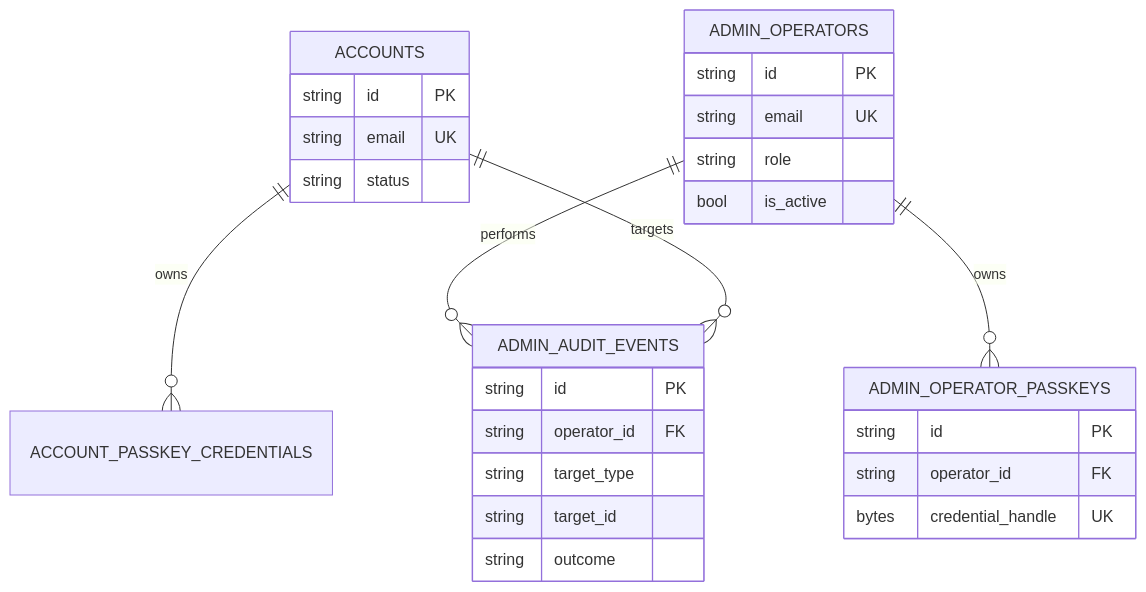
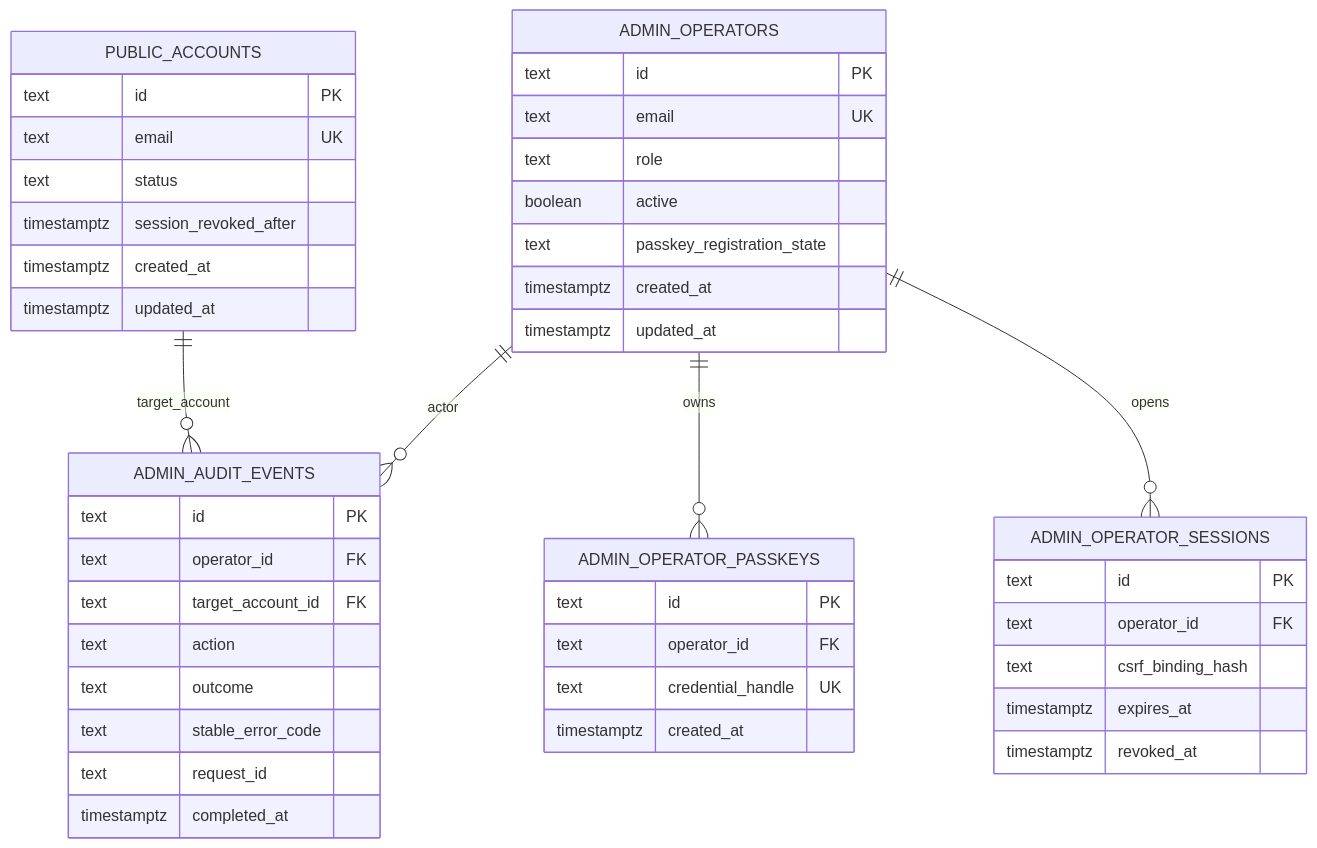
One commit to witwire-net/www-template changed the eighth of 9 diagrams in openspec/changes/admin-backend-architecture-account-creation/design.md. Above: the diagram before and after it, drawn with Mermaid. The commit also changed other lines of this file and 8 other files, not shown here.

````diff
--- a/openspec/changes/admin-backend-architecture-account-creation/design.md
+++ b/openspec/changes/admin-backend-architecture-account-creation/design.md
@@ -256,30 +443,47 @@
 ```mermaid
 erDiagram
-  ACCOUNTS ||--o{ ACCOUNT_PASSKEY_CREDENTIALS : owns
+  PUBLIC_ACCOUNTS ||--o{ ADMIN_AUDIT_EVENTS : target_account
   ADMIN_OPERATORS ||--o{ ADMIN_OPERATOR_PASSKEYS : owns
-  ADMIN_OPERATORS ||--o{ ADMIN_AUDIT_EVENTS : performs
-  ACCOUNTS ||--o{ ADMIN_AUDIT_EVENTS : targets
-  ACCOUNTS {
-    string id PK
-    string email UK
-    string status
+  ADMIN_OPERATORS ||--o{ ADMIN_OPERATOR_SESSIONS : opens
+  ADMIN_OPERATORS ||--o{ ADMIN_AUDIT_EVENTS : actor
+  PUBLIC_ACCOUNTS {
+    text id PK
+    text email UK
+    text status
+    timestamptz session_revoked_after
+    timestamptz created_at
+    timestamptz updated_at
   }
   ADMIN_OPERATORS {
-    string id PK
-    string email UK
-    string role
-    bool is_active
+    text id PK
+    text email UK
+    text role
+    boolean active
+    text passkey_registration_state
+    timestamptz created_at
+    timestamptz updated_at
   }
   ADMIN_OPERATOR_PASSKEYS {
-    string id PK
-    string operator_id FK
-    bytes credential_handle UK
+    text id PK
+    text operator_id FK
+    text credential_handle UK
+    timestamptz created_at
+  }
+  ADMIN_OPERATOR_SESSIONS {
+    text id PK
+    text operator_id FK
+    text csrf_binding_hash
+    timestamptz expires_at
+    timestamptz revoked_at
   }
   ADMIN_AUDIT_EVENTS {
-    string id PK
-    string operator_id FK
-    string target_type
-    string target_id
-    string outcome
+    text id PK
+    text operator_id FK
+    text target_account_id FK
+    text action
+    text outcome
+    text stable_error_code
+    text request_id
+    timestamptz completed_at
   }
 ```
````
